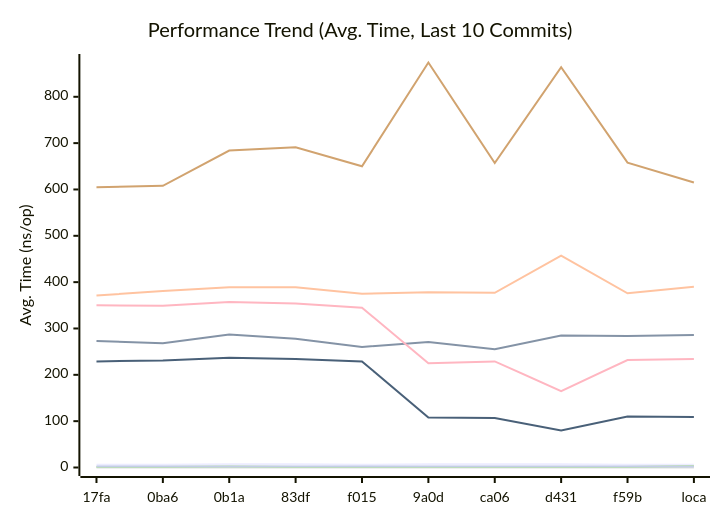
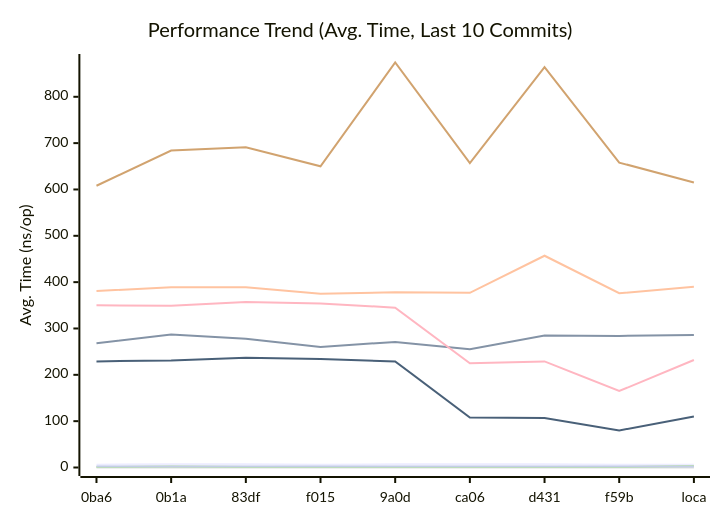
Before and after one commit to alsotoes/momo: the first of 3 diagrams in docs/PERFORMANCE.md, drawn with Mermaid. The commit also changed other lines of this file and 3 other files, not shown here.

````diff
--- a/docs/PERFORMANCE.md
+++ b/docs/PERFORMANCE.md
@@ -80,16 +80,16 @@
 ```mermaid
 xychart-beta
     title "Performance Trend (Avg. Time, Last 10 Commits)"
     x-axis "Commit"
     y-axis "Avg. Time (ns/op)"
-    x-axis [17fa,0ba6,0b1a,83df,f015,9a0d,ca06,d431,f59b,loca]
-    line "CheckMetricsAndSwap" [6,6,7,7,6,7,7,7,6,6]
-    line "CrushOptimized" [273,268,287,278,260,271,255,285,284,286]
-    line "CrushOriginal" [371,381,389,389,375,378,377,457,376,390]
+    x-axis [0ba6,0b1a,83df,f015,9a0d,ca06,d431,f59b,loca]
+    line "CheckMetricsAndSwap" [6,7,7,6,7,7,7,6,6,7]
+    line "CrushOptimized" [268,287,278,260,271,255,285,284,286,323]
+    line "CrushOriginal" [381,389,389,375,378,377,457,376,390,365]
     line "IndexDirectTracking" [0,0,0,0,0,0,0,0,0,0]
-    line "IndexSearch" [1,1,2,1,1,1,1,1,1,3]
-    line "LoadGlobalConfig" [605,608,684,691,650,874,657,864,658,615]
+    line "IndexSearch" [1,2,1,1,1,1,1,1,3,1]
+    line "LoadGlobalConfig" [608,684,691,650,874,657,864,658,615,611]
     line "PadString" [2,2,2,2,2,2,2,2,2,2]
     line "ParseReplicationOrder_NoPrealloc" [350,349,357,354,345,225,229,165,232,234]
     line "ParseReplicationOrder_Prealloc" [229,231,237,234,229,108,107,80,110,109]
 ```
````
